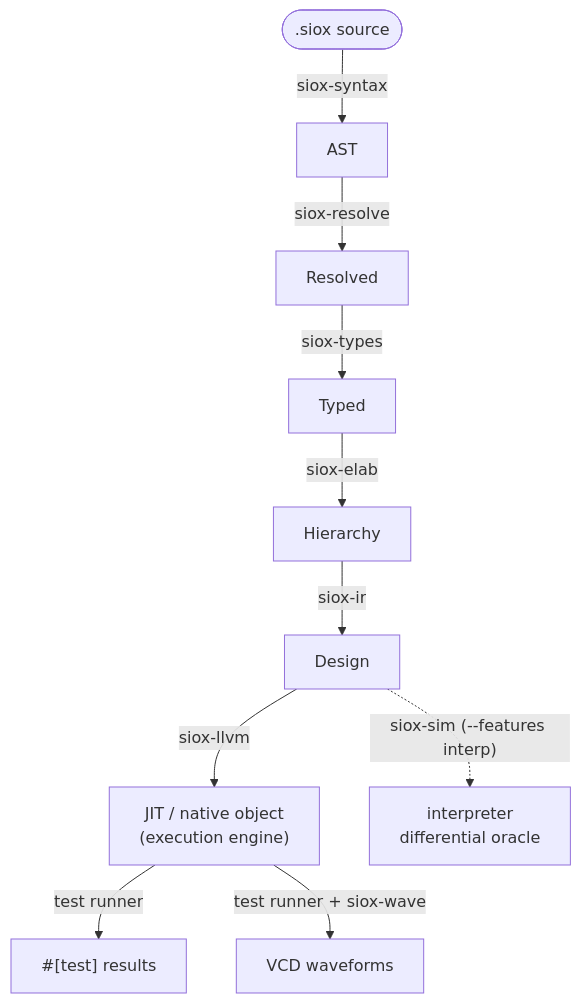
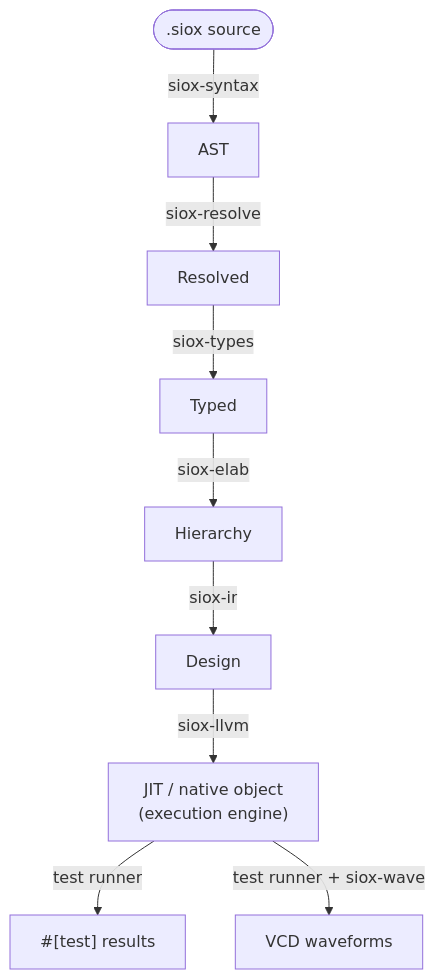
The diagram in docs/README.md (Siox-lang/sioxc), drawn with Mermaid before and after one commit. The commit also changed other lines of this file and 6 other files, not shown here.

````diff
--- a/docs/README.md
+++ b/docs/README.md
@@ -31,12 +31,11 @@
 ```mermaid
 flowchart TD
     SRC([".siox source"]) -->|siox-syntax| AST[AST]
     AST -->|siox-resolve| RES[Resolved]
     RES -->|siox-types| TY[Typed]
     TY -->|siox-elab| HIER[Hierarchy]
     HIER -->|siox-ir| IR[Design]
     IR -->|siox-llvm| ENG["JIT / native object<br/>(execution engine)"]
     ENG -->|test runner| OUT["#[test] results"]
     ENG -->|"test runner + siox-wave"| VCD[VCD waveforms]
-    IR -.->|"siox-sim (--features interp)"| ORACLE["interpreter<br/>differential oracle"]
 ```
````
